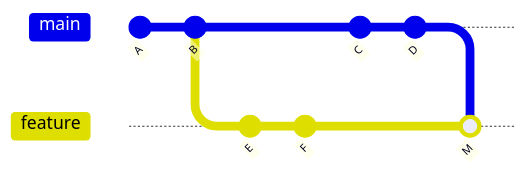
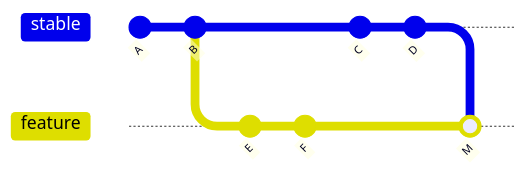
Before and after one commit to linjingzhu/tech-jeongsu: the diagram in content/en/git/06-history-operations.md, drawn with Mermaid. The commit also changed 93 other files, not shown here.

````diff
--- a/content/en/git/06-history-operations.md
+++ b/content/en/git/06-history-operations.md
@@ -21,14 +21,15 @@
 ```mermaid
+%%{init: { 'gitGraph': { 'mainBranchName': 'stable' } } }%%
 gitGraph
    commit id:"A"
    commit id:"B"
    branch feature
    checkout feature
    commit id:"E"
    commit id:"F"
-   checkout main
+   checkout stable
    commit id:"C"
    commit id:"D"
    checkout feature
-   merge main id:"M"
+   merge stable id:"M"
 ```
````
